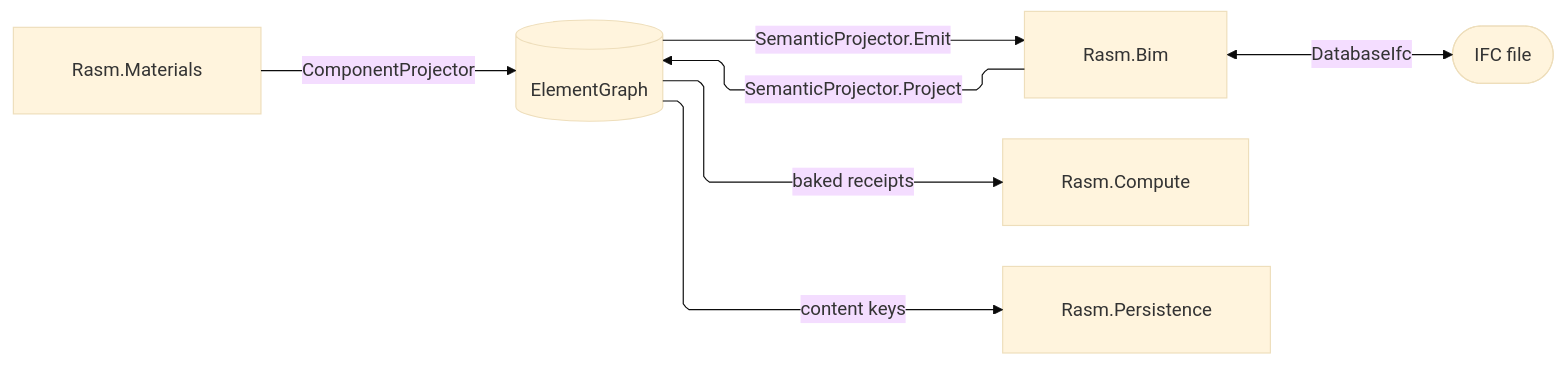
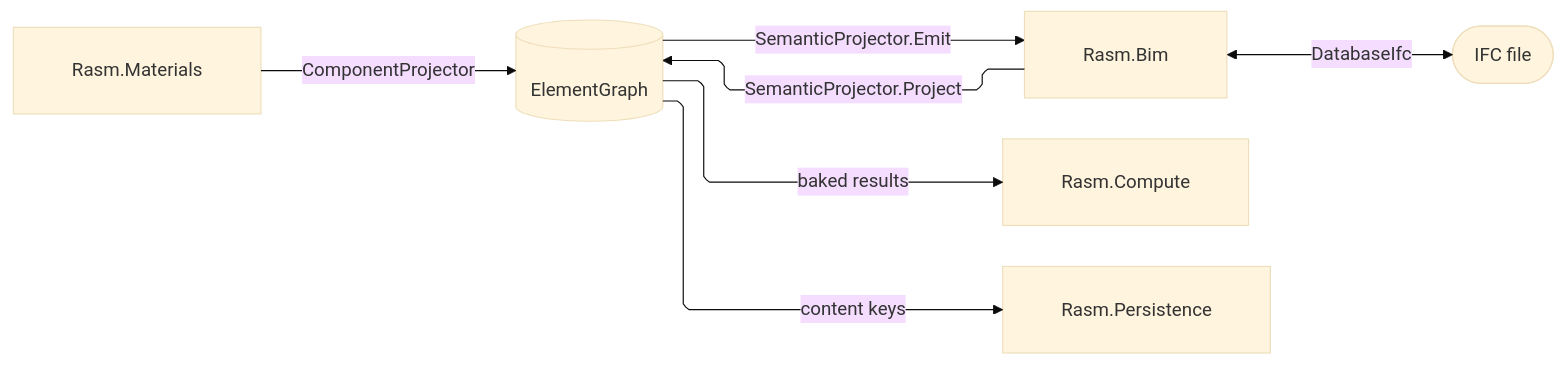
One commit to bsamiee/Rasm changed the fourth of 5 diagrams in libs/dotnet/.planning/ARCHITECTURE.md. Above: the diagram before and after it, drawn with Mermaid (base theme). The commit also changed other lines of this file and 1417 other files, not shown here.

````diff
--- a/libs/dotnet/.planning/ARCHITECTURE.md
+++ b/libs/dotnet/.planning/ARCHITECTURE.md
@@ -220,24 +218,24 @@
 ```mermaid
 ---
 config:
   layout: elk
   flowchart:
     curve: linear
     padding: 25
 ---
 flowchart LR
     accTitle: AEC triad projection spine
     accDescr: How Materials and Bim project onto the one ElementGraph seam and the app platform consumes the graph.
     Materials[Rasm.Materials]
     Bim[Rasm.Bim]
     Graph[(ElementGraph)]
     Ifc([IFC file])
     Compute[Rasm.Compute]
     Persistence[Rasm.Persistence]
     Materials e1@-->|"ComponentProjector"| Graph
     Bim e2@-->|"SemanticProjector.Project"| Graph
     Graph e3@-->|"SemanticProjector.Emit"| Bim
     Bim e4@<-->|"DatabaseIfc"| Ifc
-    Graph e5@-->|"baked receipts"| Compute
+    Graph e5@-->|"baked results"| Compute
     Graph e6@-->|"content keys"| Persistence
 ```
````
